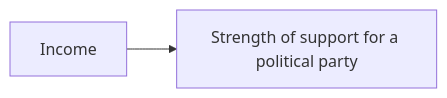
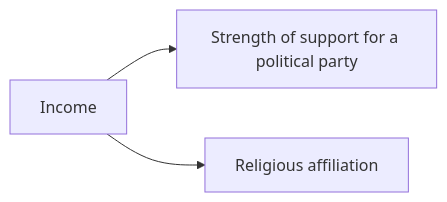
One commit to data-202/sp25 changed the diagram in papers/paper2.qmd. Above: the diagram before and after it, drawn with Mermaid. The commit also changed other lines of this file and 345 other files, not shown here.

````diff
--- a/papers/paper2.qmd
+++ b/papers/paper2.qmd
@@ -27,7 +27,8 @@
 ```{mermaid}
 %%| echo: false
 %%| fig-responsive: false
 flowchart LR
   A[Income] --> B[Strength of support for a political party]
+  A --> C[Religious affiliation]
   
 ```
````
